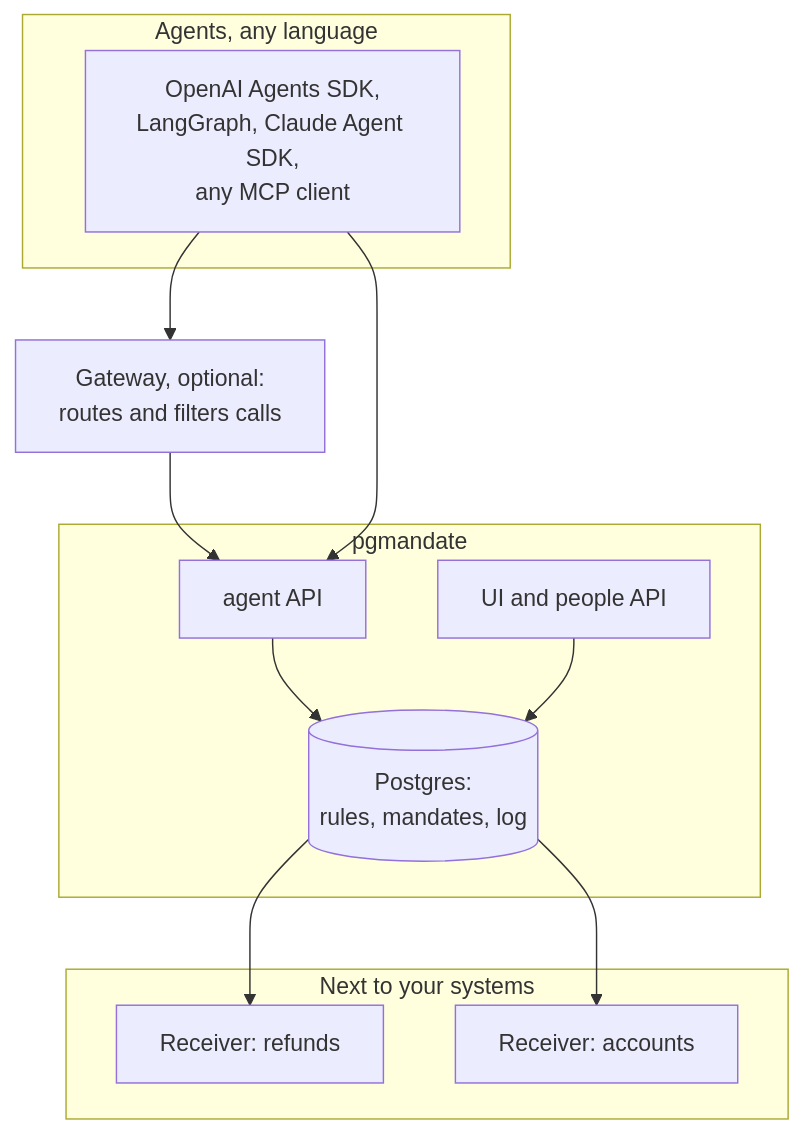
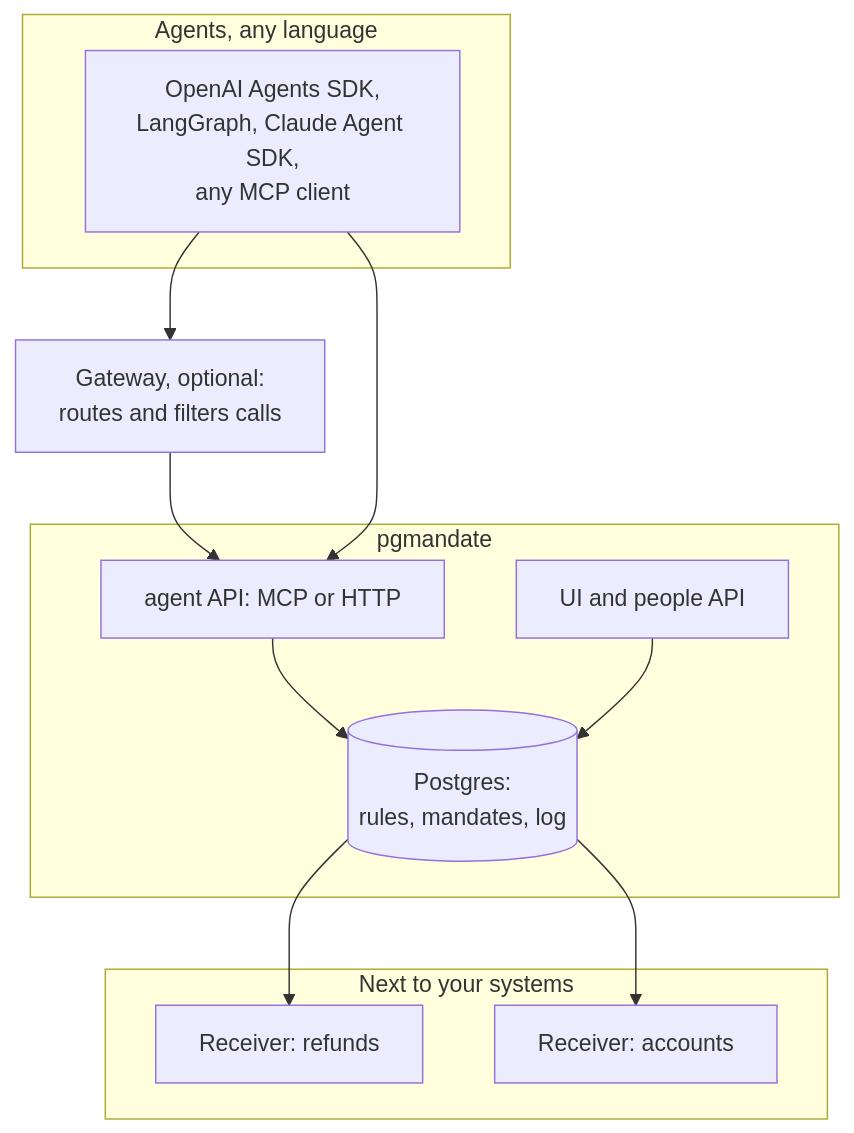
One commit to andreas-lindfalk/mandate changed the second of 2 diagrams in docs/scope.md. Above: the diagram before and after it, drawn with Mermaid. The commit also changed other lines of this file and 13 other files, not shown here.

````diff
--- a/docs/scope.md
+++ b/docs/scope.md
@@ -200,22 +199,23 @@
 ```mermaid
+%%{init: {"flowchart": {"htmlLabels": false}}}%%
 flowchart TB
-    subgraph agents [Agents, any language]
-        F1[OpenAI Agents SDK,<br/>LangGraph, Claude Agent SDK,<br/>any MCP client]
+    subgraph agents ["Agents, any language"]
+        F1["OpenAI Agents SDK,<br/>LangGraph, Claude Agent SDK,<br/>any MCP client"]
     end
-    GW[Gateway, optional:<br/>routes and filters calls]
-    subgraph pgm [pgmandate]
-        API[agent API]
-        UI[UI and people API]
-        DB[(Postgres:<br/>rules, mandates, log)]
+    GW["Gateway, optional:<br/>routes and filters calls"]
+    subgraph pgm ["pgmandate"]
+        API["agent API: MCP or HTTP"]
+        UI["UI and people API"]
+        DB[("Postgres:<br/>rules, mandates, log")]
     end
-    subgraph yours [Next to your systems]
-        R1[Receiver: refunds]
-        R2[Receiver: accounts]
+    subgraph yours ["Next to your systems"]
+        R1["Receiver: refunds"]
+        R2["Receiver: accounts"]
     end
     F1 --> GW --> API
     F1 --> API
     API --> DB
     UI --> DB
     DB --> R1
     DB --> R2
 ```
````
